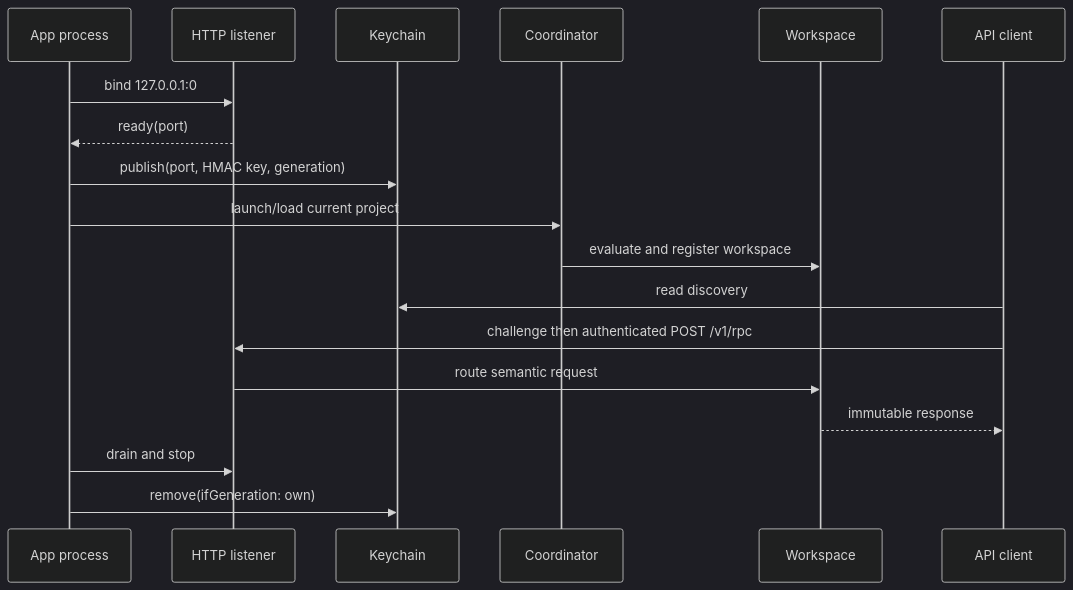
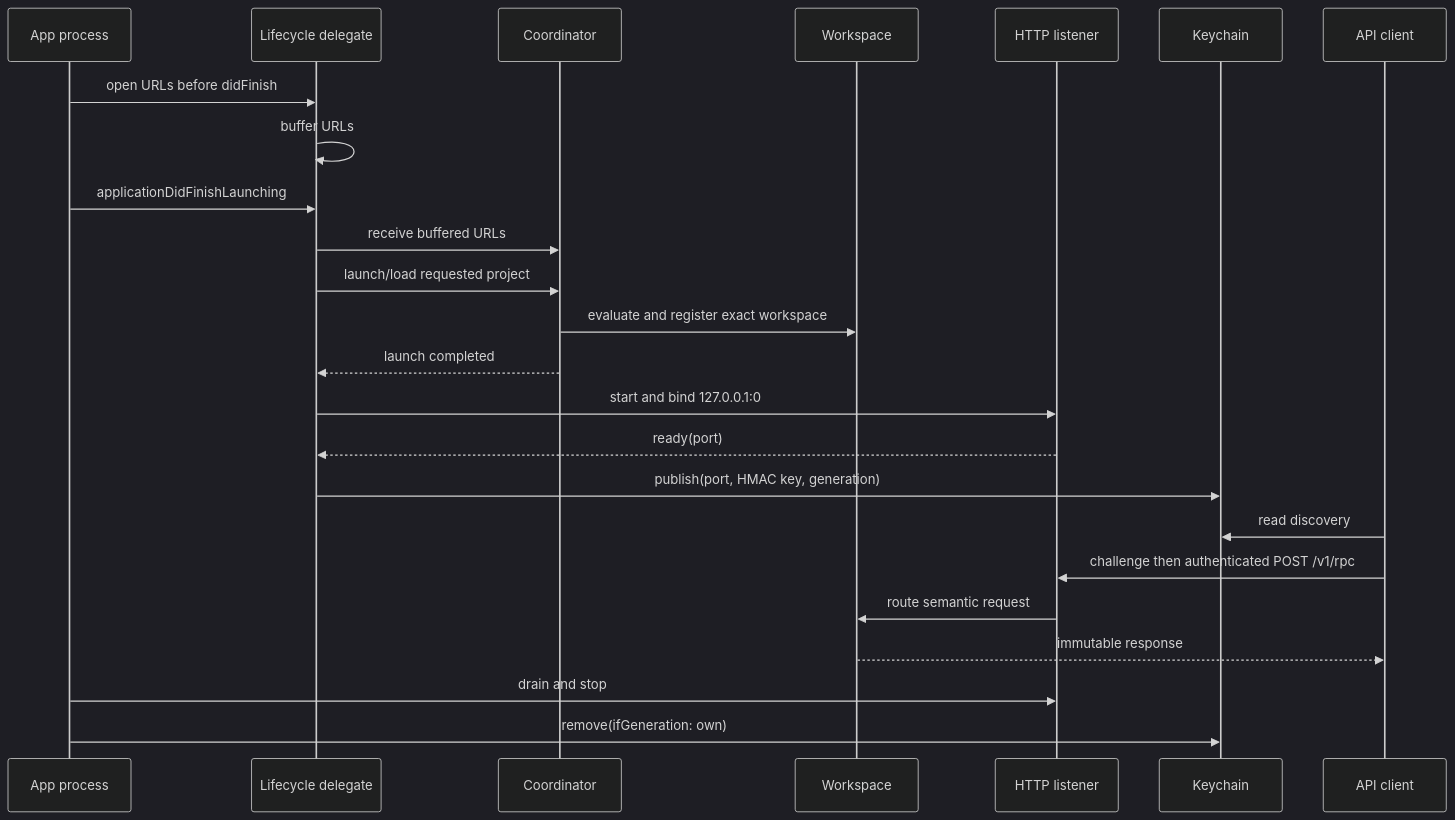
Before and after one commit to 1amageek/Rupa: the second of 2 diagrams in Rupa/Rupa/Rupa/DESIGN.md, drawn with Mermaid (dark theme). The commit also changed other lines of this file and 72 other files, not shown here.

````diff
--- a/Rupa/Rupa/Rupa/DESIGN.md
+++ b/Rupa/Rupa/Rupa/DESIGN.md
@@ -71,20 +91,26 @@
 ```mermaid
 sequenceDiagram
     participant OS as App process
+    participant D as Lifecycle delegate
+    participant C as Coordinator
+    participant W as Workspace
     participant L as HTTP listener
     participant K as Keychain
-    participant C as Coordinator
-    participant W as Workspace
-    OS->>L: bind 127.0.0.1:0
-    L-->>OS: ready(port)
-    OS->>K: publish(port, HMAC key, generation)
-    OS->>C: launch/load current project
-    C->>W: evaluate and register workspace
+    OS->>D: open URLs before didFinish
+    D->>D: buffer URLs
+    OS->>D: applicationDidFinishLaunching
+    D->>C: receive buffered URLs
+    D->>C: launch/load requested project
+    C->>W: evaluate and register exact workspace
+    C-->>D: launch completed
+    D->>L: start and bind 127.0.0.1:0
+    L-->>D: ready(port)
+    D->>K: publish(port, HMAC key, generation)
     participant A as API client
     A->>K: read discovery
     A->>L: challenge then authenticated POST /v1/rpc
     L->>W: route semantic request
     W-->>A: immutable response
     OS->>L: drain and stop
     OS->>K: remove(ifGeneration: own)
 ```
````
